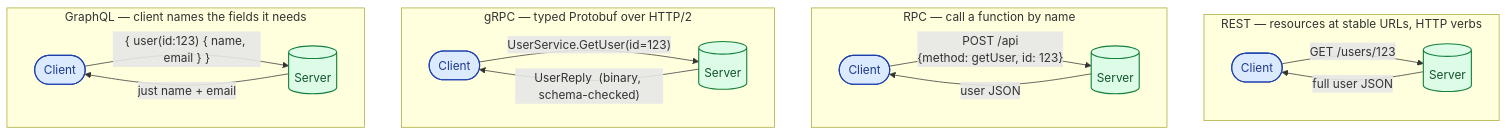
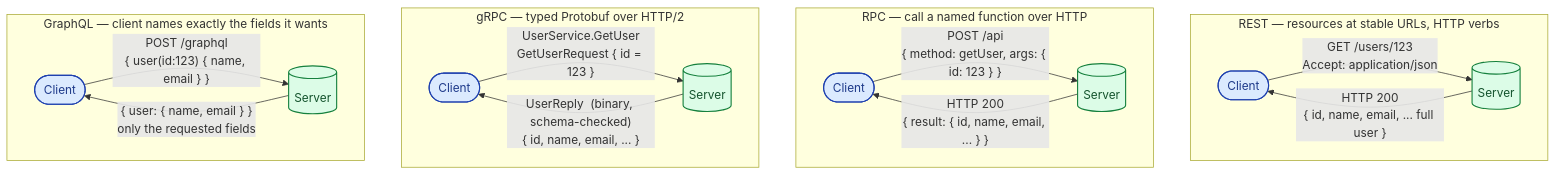
The first of 2 diagrams in _sd_concepts/003-rest-rpc-grpc-graphql.md (shiningflash/shiningflash.github.io), drawn with Mermaid before and after one commit. The commit also changed other lines of this file and 5 other files, not shown here.

````diff
--- a/_sd_concepts/003-rest-rpc-grpc-graphql.md
+++ b/_sd_concepts/003-rest-rpc-grpc-graphql.md
@@ -23,37 +25,37 @@
 ```mermaid
 flowchart TB
     subgraph REST["REST — resources at stable URLs, HTTP verbs"]
         direction LR
         RC(["Client"]):::client
         RS[("Server")]:::server
-        RC -->|"GET /users/123"| RS
-        RS -->|"full user JSON"| RC
+        RC -->|"GET /users/123<br/>Accept: application/json"| RS
+        RS -->|"HTTP 200<br/>{ id, name, email, ... full user }"| RC
     end
 
-    subgraph RPC["RPC — call a function by name"]
+    subgraph RPC["RPC — call a named function over HTTP"]
         direction LR
         PC(["Client"]):::client
         PS[("Server")]:::server
-        PC -->|"POST /api<br/>{method: getUser, id: 123}"| PS
-        PS -->|"user JSON"| PC
+        PC -->|"POST /api<br/>{ method: getUser, args: { id: 123 } }"| PS
+        PS -->|"HTTP 200<br/>{ result: { id, name, email, ... } }"| PC
     end
 
     subgraph GRPC["gRPC — typed Protobuf over HTTP/2"]
         direction LR
         GC(["Client"]):::client
         GS[("Server")]:::server
-        GC -->|"UserService.GetUser(id=123)"| GS
-        GS -->|"UserReply  (binary, schema-checked)"| GC
+        GC -->|"UserService.GetUser<br/>GetUserRequest { id = 123 }"| GS
+        GS -->|"UserReply  (binary, schema-checked)<br/>{ id, name, email, ... }"| GC
     end
 
-    subgraph GQL["GraphQL — client names the fields it needs"]
+    subgraph GQL["GraphQL — client names exactly the fields it wants"]
         direction LR
         QC(["Client"]):::client
         QS[("Server")]:::server
-        QC -->|"{ user(id:123) { name, email } }"| QS
-        QS -->|"just name + email"| QC
+        QC -->|"POST /graphql<br/>{ user(id:123) { name, email } }"| QS
+        QS -->|"{ user: { name, email } }<br/>only the requested fields"| QC
     end
 
     classDef client fill:#dbeafe,stroke:#1e40af,color:#1e3a8a,stroke-width:1.5px
     classDef server fill:#dcfce7,stroke:#15803d,color:#14532d,stroke-width:1.5px
 ```
````
